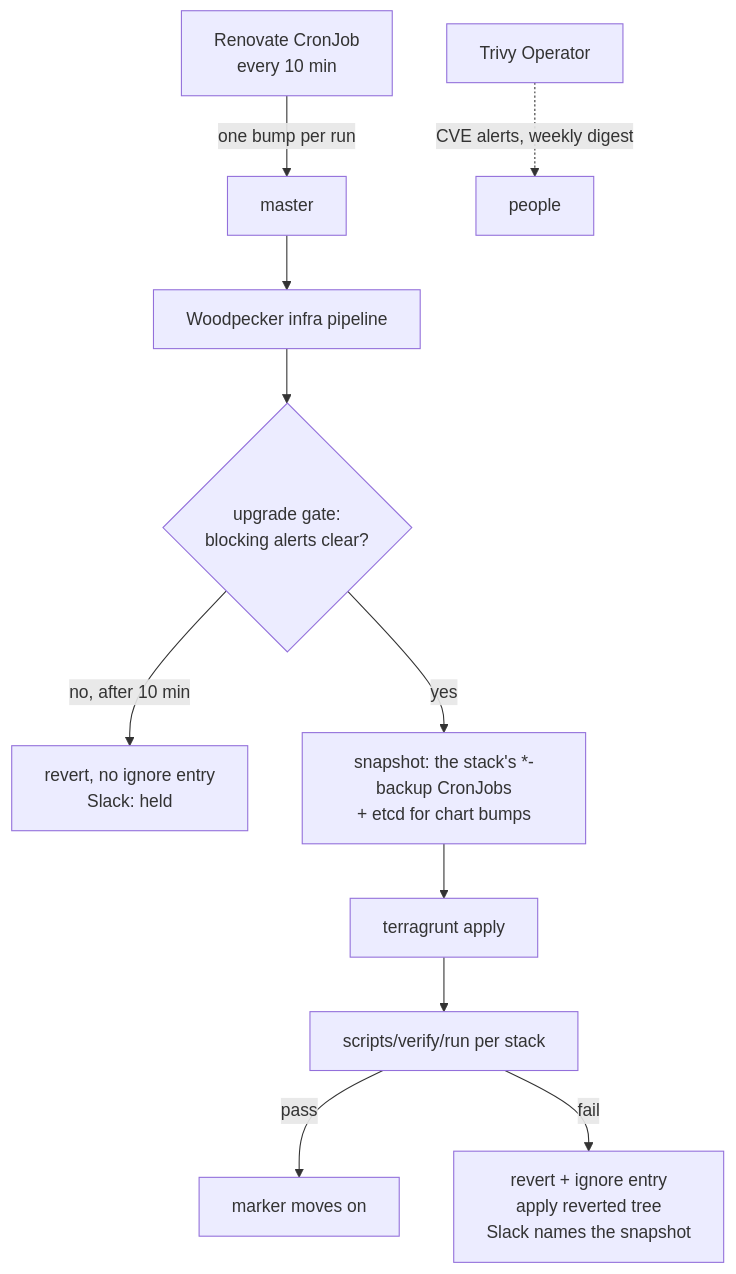
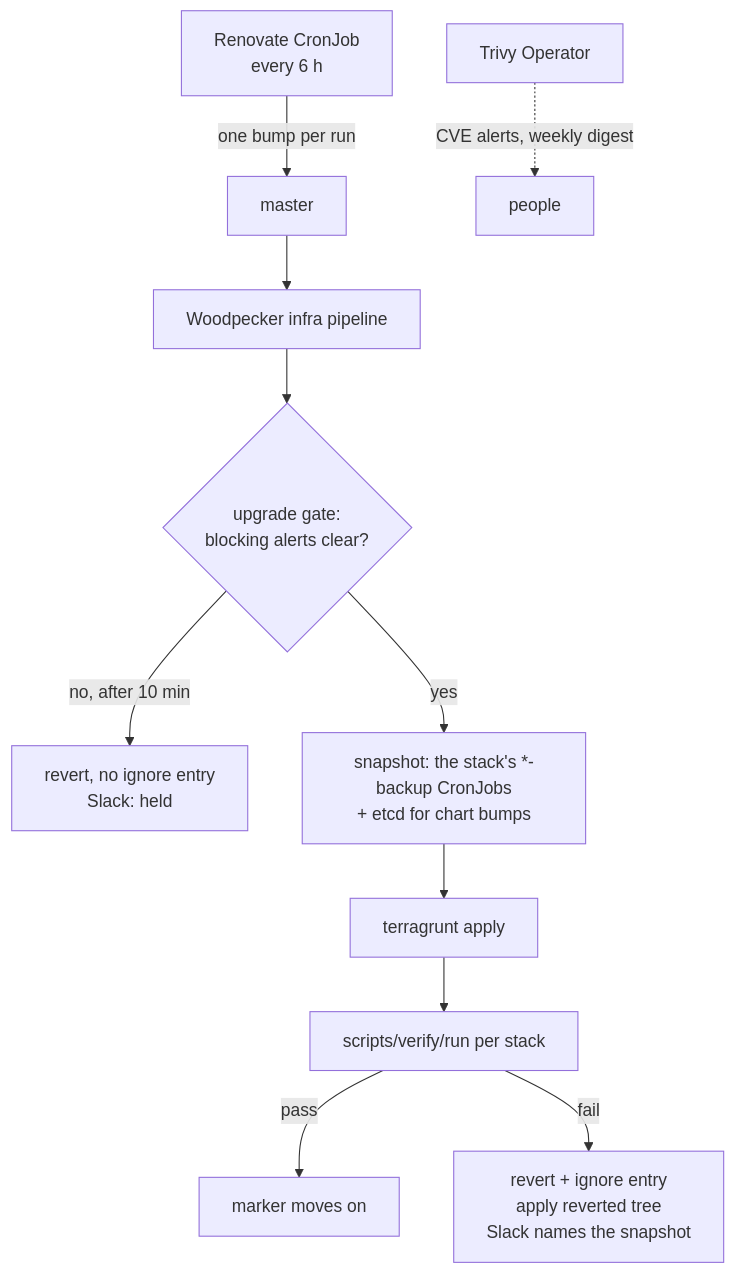
One commit to ViktorBarzin/infra changed the diagram in docs/architecture/automated-upgrades.md. Above: the diagram before and after it, drawn with Mermaid. The commit also changed other lines of this file and 6 other files, not shown here.

First line of the commit message:
Cut daily sdc writes: MySQL sort buffer, Renovate every 6h, Photos off

````diff
--- a/docs/architecture/automated-upgrades.md
+++ b/docs/architecture/automated-upgrades.md
@@ -22,13 +22,13 @@
 ```mermaid
 flowchart TD
-  R[Renovate CronJob<br/>every 10 min] -->|one bump per run| M[master]
+  R[Renovate CronJob<br/>every 6 h] -->|one bump per run| M[master]
   M --> P[Woodpecker infra pipeline]
   P --> G{upgrade gate:<br/>blocking alerts clear?}
   G -->|no, after 10 min| H[revert, no ignore entry<br/>Slack: held]
   G -->|yes| S[snapshot: the stack's *-backup CronJobs<br/>+ etcd for chart bumps]
   S --> A[terragrunt apply]
   A --> V[scripts/verify/run per stack]
   V -->|pass| OK[marker moves on]
   V -->|fail| F[revert + ignore entry<br/>apply reverted tree<br/>Slack names the snapshot]
   T[Trivy Operator] -.->|CVE alerts, weekly digest| HUM[people]
 ```
````
